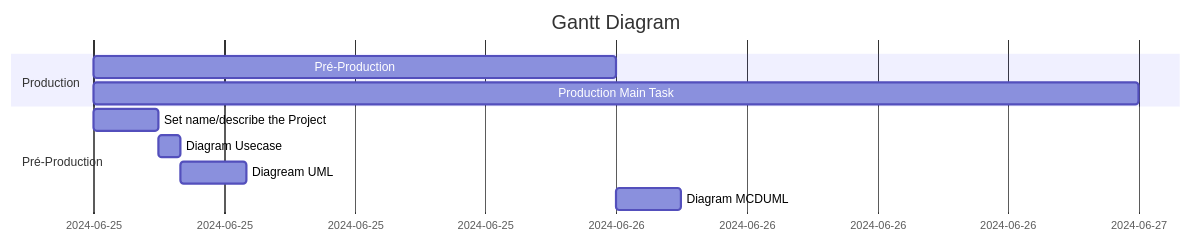
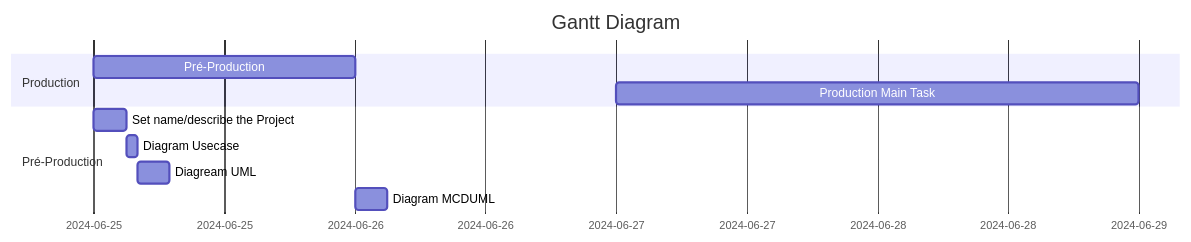
Before and after one commit to JameS-Gmz/api-Rest: the first of 3 diagrams in README.md, drawn with Mermaid.

````diff
--- a/README.md
+++ b/README.md
@@ -48,15 +48,15 @@
 ```mermaid
 gantt
     title Gantt Diagram
     dateFormat YYYY-MM-DD
     section Production
         Pré-Production   :a1, 2024-06-25, 1d
-        Production Main Task : a2 after a1,2024-06-25, 2d
+        Production Main Task : 2024-06-27, 2d
     section Pré-Production
         Set name/describe the Project :2024-06-25, 3h
         Diagram Usecase  : 1h
         Diagream UML : 3h
         Diagram MCDUML : 2024-06-26, 3h 
 
 
 ```
````
